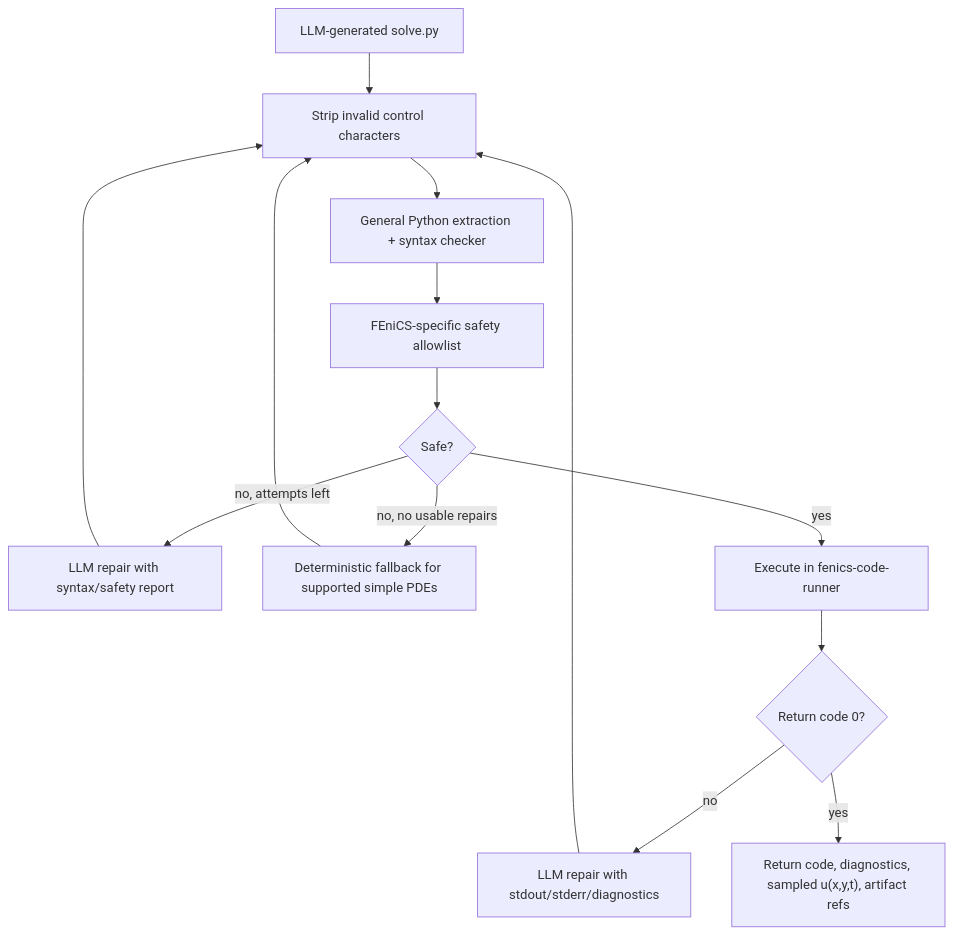
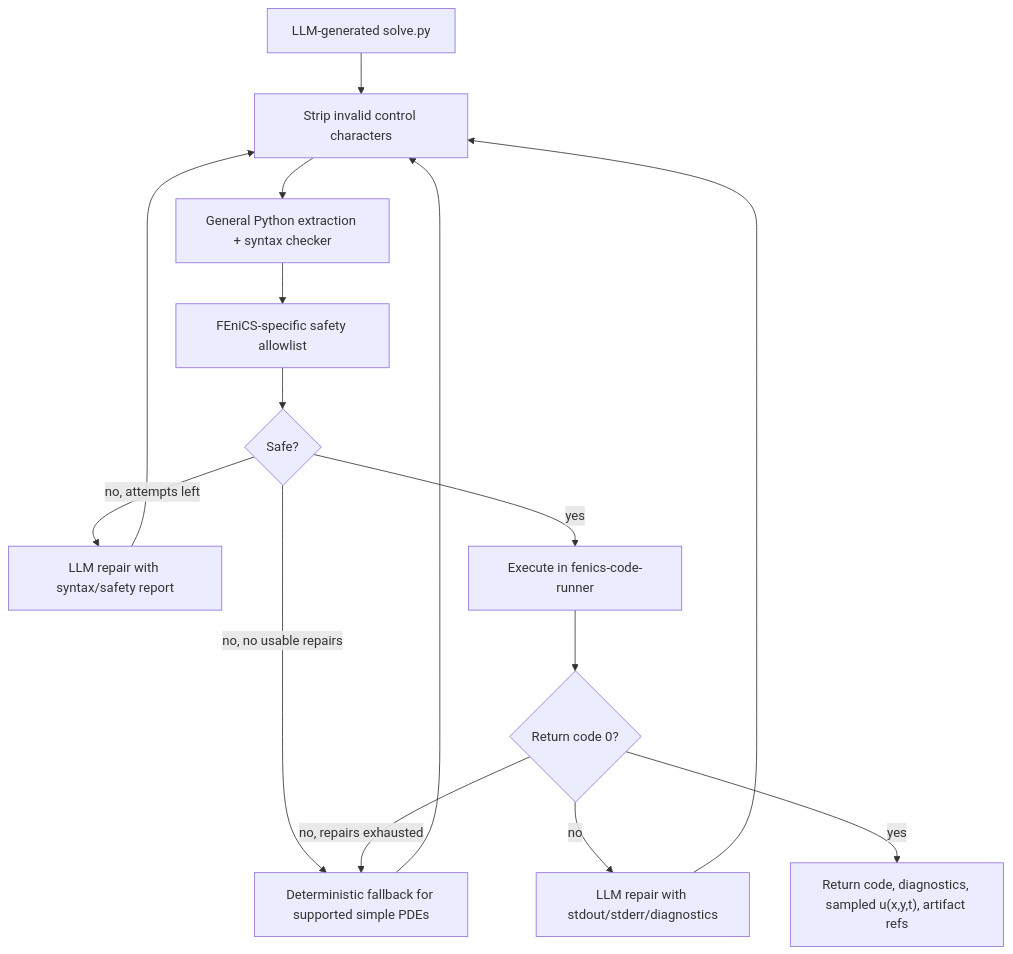
Before and after one commit to RadmirG/AES: the fifth of 5 diagrams in langgraph/architecture.md, drawn with Mermaid. The commit also changed other lines of this file and 21 other files, not shown here.

````diff
--- a/langgraph/architecture.md
+++ b/langgraph/architecture.md
@@ -156,16 +156,17 @@
 ```mermaid
 flowchart TD
     A["LLM-generated solve.py"] --> B["Strip invalid control characters"]
     B --> C["General Python extraction + syntax checker"]
     C --> D["FEniCS-specific safety allowlist"]
     D --> E{"Safe?"}
     E -->|no, attempts left| F["LLM repair with syntax/safety report"]
     F --> B
     E -->|no, no usable repairs| G["Deterministic fallback for supported simple PDEs"]
     G --> B
     E -->|yes| H["Execute in fenics-code-runner"]
     H --> I{"Return code 0?"}
     I -->|no| J["LLM repair with stdout/stderr/diagnostics"]
     J --> B
+    I -->|no, repairs exhausted| G
     I -->|yes| K["Return code, diagnostics, sampled u(x,y,t), artifact refs"]
 ```
````
